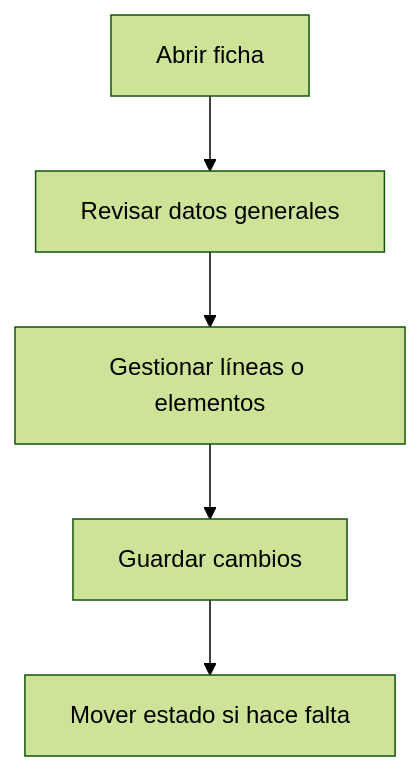
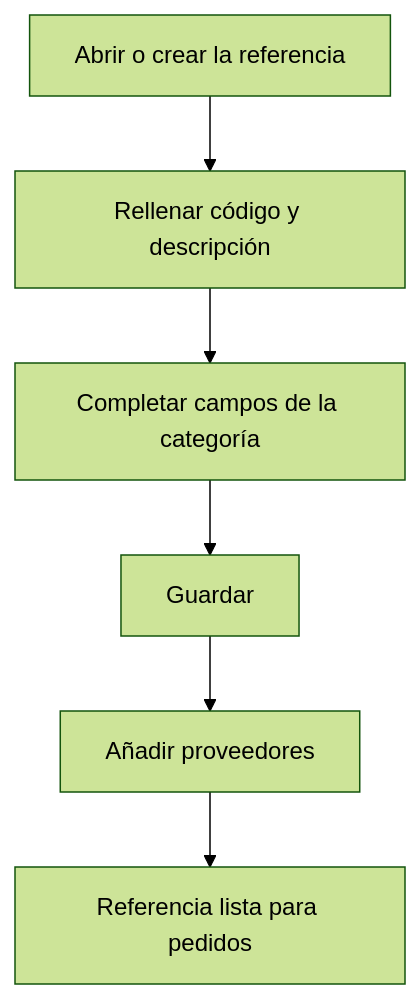
One commit to MGurtD/lilith changed the diagram in frontend/src/help/es/purchase/material/detail.md. Above: the diagram before and after it, drawn with Mermaid (forest theme). The commit also changed other lines of this file and 331 other files, not shown here.

````diff
--- a/frontend/src/help/es/purchase/material/detail.md
+++ b/frontend/src/help/es/purchase/material/detail.md
@@ -35,7 +43,8 @@
 ```mermaid
 flowchart TD
-    A[Abrir ficha] --> B[Revisar datos generales]
-    B --> C[Gestionar líneas o elementos]
-    C --> D[Guardar cambios]
-    D --> E[Mover estado si hace falta]
+    A[Abrir o crear la referencia] --> B[Rellenar código y descripción]
+    B --> C[Completar campos de la categoría]
+    C --> D[Guardar]
+    D --> E[Añadir proveedores]
+    E --> F[Referencia lista para pedidos]
 ```
````
